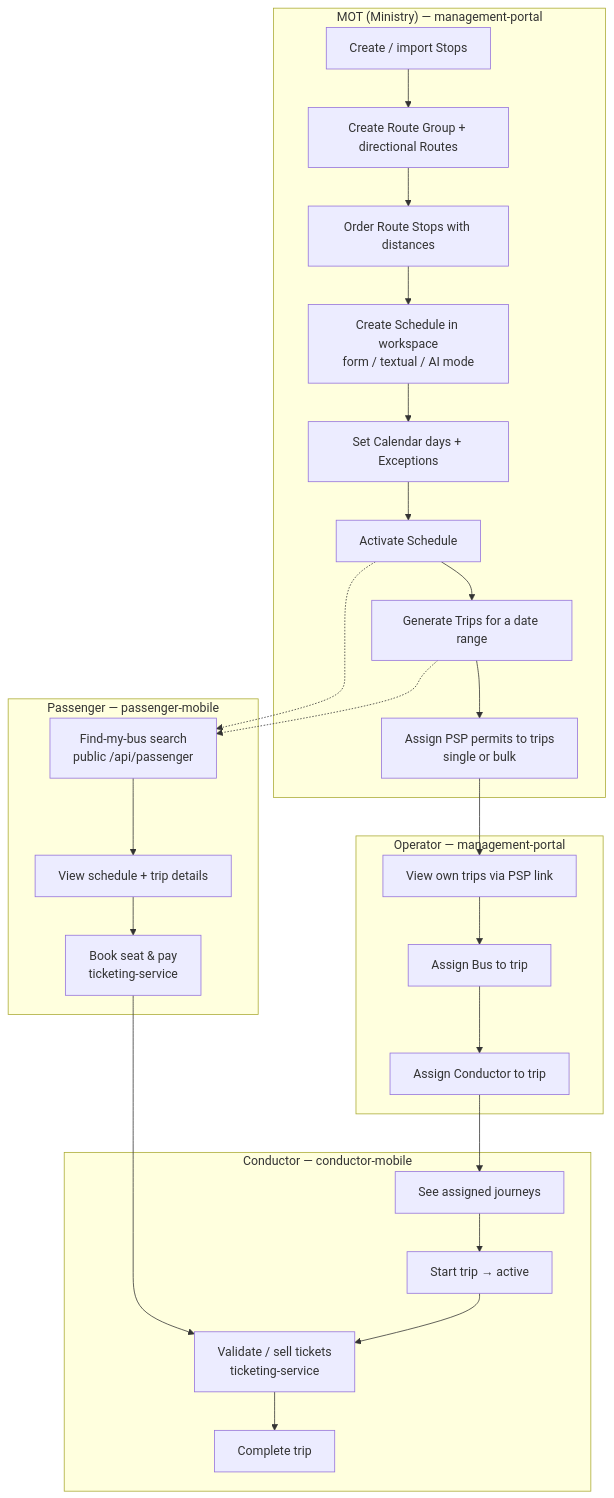
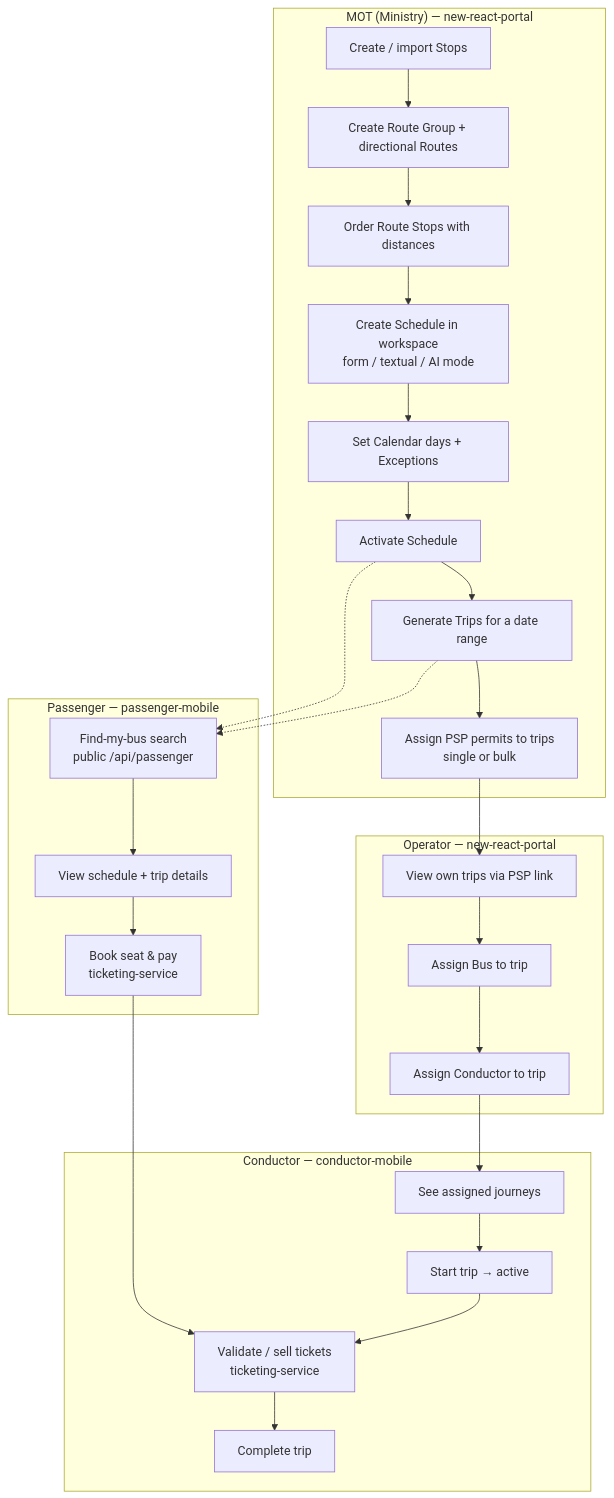
One commit to kavindadimuthu/busmate changed the second of 2 diagrams in docs/route-network-and-operations/README.md. Above: the diagram before and after it, drawn with Mermaid. The commit also changed other lines of this file and 23 other files, not shown here.

First line of the commit message:
docs: repoint stale management-portal references to new-react-portal

````diff
--- a/docs/route-network-and-operations/README.md
+++ b/docs/route-network-and-operations/README.md
@@ -140,33 +140,33 @@
 ```mermaid
 flowchart TD
-    subgraph MOT["MOT (Ministry) — management-portal"]
+    subgraph MOT["MOT (Ministry) — new-react-portal"]
         A[Create / import Stops] --> B[Create Route Group + directional Routes]
         B --> C[Order Route Stops with distances]
         C --> D[Create Schedule in workspace<br/>form / textual / AI mode]
         D --> E[Set Calendar days + Exceptions]
         E --> F[Activate Schedule]
         F --> G[Generate Trips for a date range]
         G --> H[Assign PSP permits to trips<br/>single or bulk]
     end
 
-    subgraph OP["Operator — management-portal"]
+    subgraph OP["Operator — new-react-portal"]
         H --> I[View own trips via PSP link]
         I --> J[Assign Bus to trip]
         J --> K[Assign Conductor to trip]
     end
 
     subgraph CON["Conductor — conductor-mobile"]
         K --> L[See assigned journeys]
         L --> M[Start trip → active]
         M --> N[Validate / sell tickets<br/>ticketing-service]
         N --> O[Complete trip]
     end
 
     subgraph PAX["Passenger — passenger-mobile"]
         F -.-> P[Find-my-bus search<br/>public /api/passenger]
         G -.-> P
         P --> Q[View schedule + trip details]
         Q --> R[Book seat & pay<br/>ticketing-service]
         R --> N
     end
 ```
````
